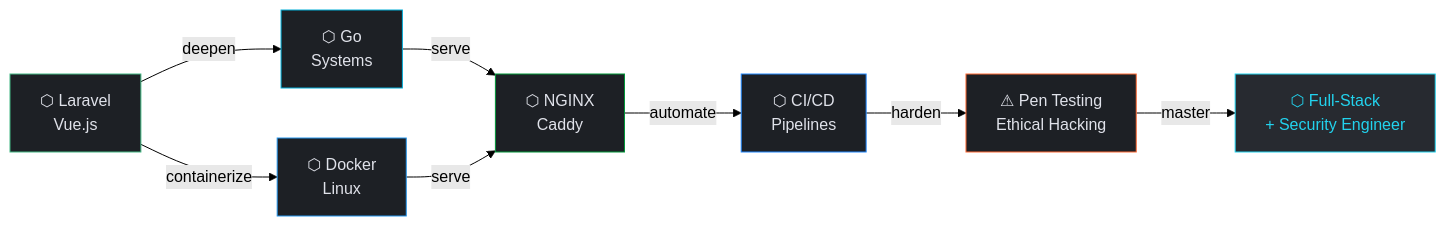
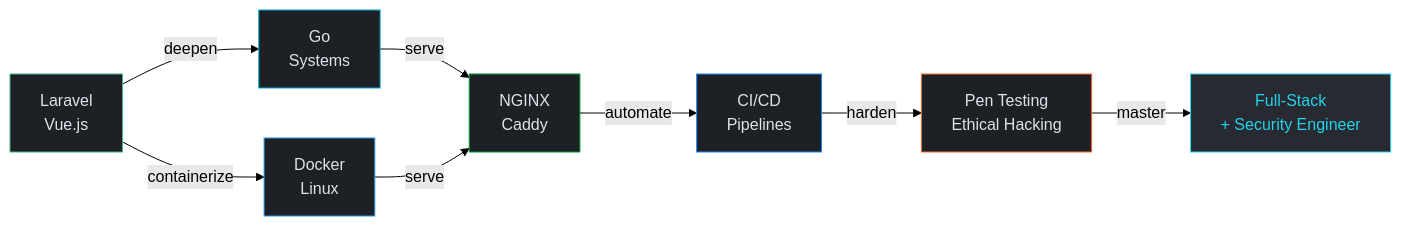
Before and after one commit to atx9ine/atx9ine: the diagram in README.md, drawn with Mermaid (forest theme). The commit also changed other lines of this file, not shown here.

````diff
--- a/README.md
+++ b/README.md
@@ -111,17 +114,17 @@
 ```mermaid
 flowchart LR
-    A["⬡ Laravel\nVue.js"] -->|deepen| B["⬡ Go\nSystems"]
-    A -->|containerize| C["⬡ Docker\nLinux"]
-    B & C -->|serve| D["⬡ NGINX\nCaddy"]
-    D -->|automate| E["⬡ CI/CD\nPipelines"]
-    E -->|harden| F["⚠ Pen Testing\nEthical Hacking"]
-    F -->|master| G["⬡ Full-Stack\n+ Security Engineer"]
+    A["Laravel\nVue.js"] -->|deepen| B["Go\nSystems"]
+    A -->|containerize| C["Docker\nLinux"]
+    B & C -->|serve| D["NGINX\nCaddy"]
+    D -->|automate| E["CI/CD\nPipelines"]
+    E -->|harden| F["Pen Testing\nEthical Hacking"]
+    F -->|master| G["Full-Stack\n+ Security Engineer"]
 
     style A fill:#1d2025,stroke:#42B883,color:#e0e2ea
     style B fill:#1d2025,stroke:#00ADD8,color:#e0e2ea
     style C fill:#1d2025,stroke:#2496ED,color:#e0e2ea
     style D fill:#1d2025,stroke:#009639,color:#e0e2ea
     style E fill:#1d2025,stroke:#2088FF,color:#e0e2ea
     style F fill:#1d2025,stroke:#FF6B35,color:#e0e2ea
     style G fill:#272a30,stroke:#22D3EE,color:#22D3EE
 ```
````
